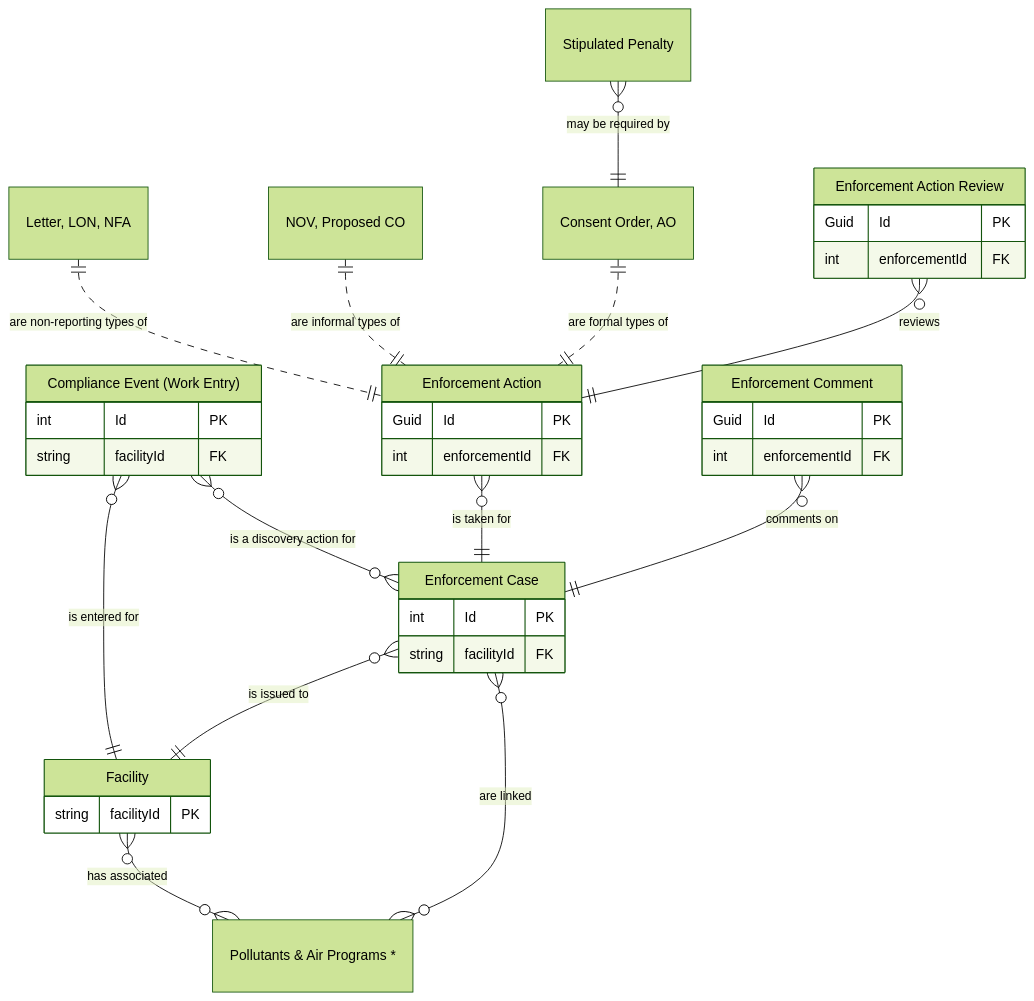
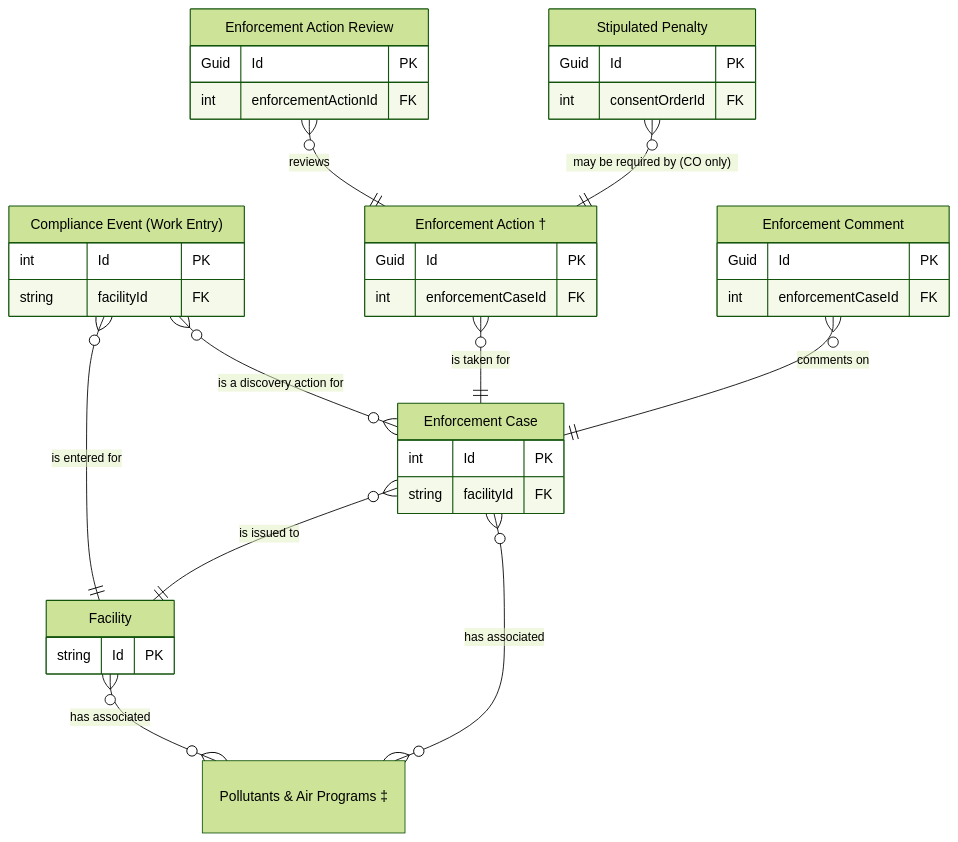
Before and after one commit to gaepdit/air-web: the first of 2 diagrams in docs/Data-entities/Enforcement-ERD.md, drawn with Mermaid (forest theme). The commit also changed other lines of this file and 2 other files, not shown here.

````diff
--- a/docs/Data-entities/Enforcement-ERD.md
+++ b/docs/Data-entities/Enforcement-ERD.md
@@ -3,50 +5,48 @@
 ```mermaid
 erDiagram
     FAC["Facility"] {
-        string facilityId PK
+        string Id PK
     }
 
     CWE["Compliance Event (Work Entry)"] {
         int Id PK
         string facilityId FK
     }
 
     ENF["Enforcement Case"] {
         int Id PK
         string facilityId FK
     }
 
     CTE["Enforcement Comment"] {
         Guid Id PK
-        int enforcementId FK
+        int enforcementCaseId FK
     }
 
-    ACT["Enforcement Action"] {
+    ACT["Enforcement Action †"] {
         Guid Id PK
-        int enforcementId FK
+        int enforcementCaseId FK
     }
 
-    POL["Pollutants & Air Programs *"]
+    POL["Pollutants & Air Programs ‡"]
 
     REV["Enforcement Action Review"] {
         Guid Id PK
-        int enforcementId FK
+        int enforcementActionId FK
     }
 
-    LTR["Letter, LON, NFA"]
-    IEA["NOV, Proposed CO"]
-    FEA["Consent Order, AO"]
-    STP["Stipulated Penalty"]
+    STP["Stipulated Penalty"] {
+        Guid Id PK
+        int consentOrderId FK
+    }
+
     FAC }o--o{ POL: "has associated"
-    ENF }o--o{ POL: "are linked"
+    ENF }o--o{ POL: "has associated"
     CWE }o--o{ ENF: "is a discovery action for"
     CWE }o--|| FAC: "is entered for"
     ACT }o--|| ENF: "is taken for"
     CTE }o--|| ENF: "comments on"
     ENF }o--|| FAC: "is issued to"
-    LTR ||..|| ACT: "are non-reporting types of"
-    IEA ||..|| ACT: "are informal types of"
-    FEA ||..|| ACT: "are formal types of"
     REV }o--|| ACT: "reviews"
-    STP }o--|| FEA: "may be required by"
+    STP }o--|| ACT: "may be required by (CO only)"
 ```
````
